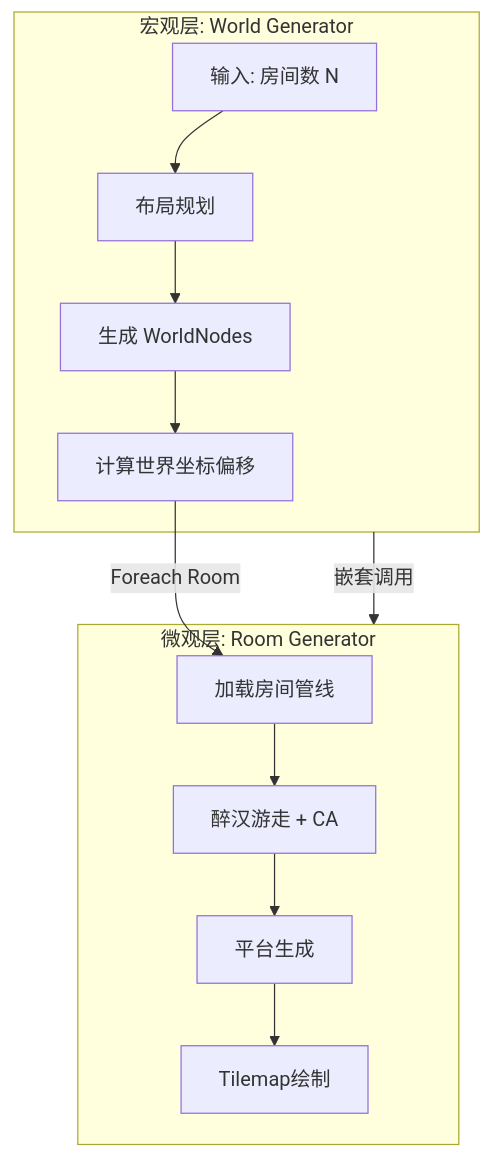
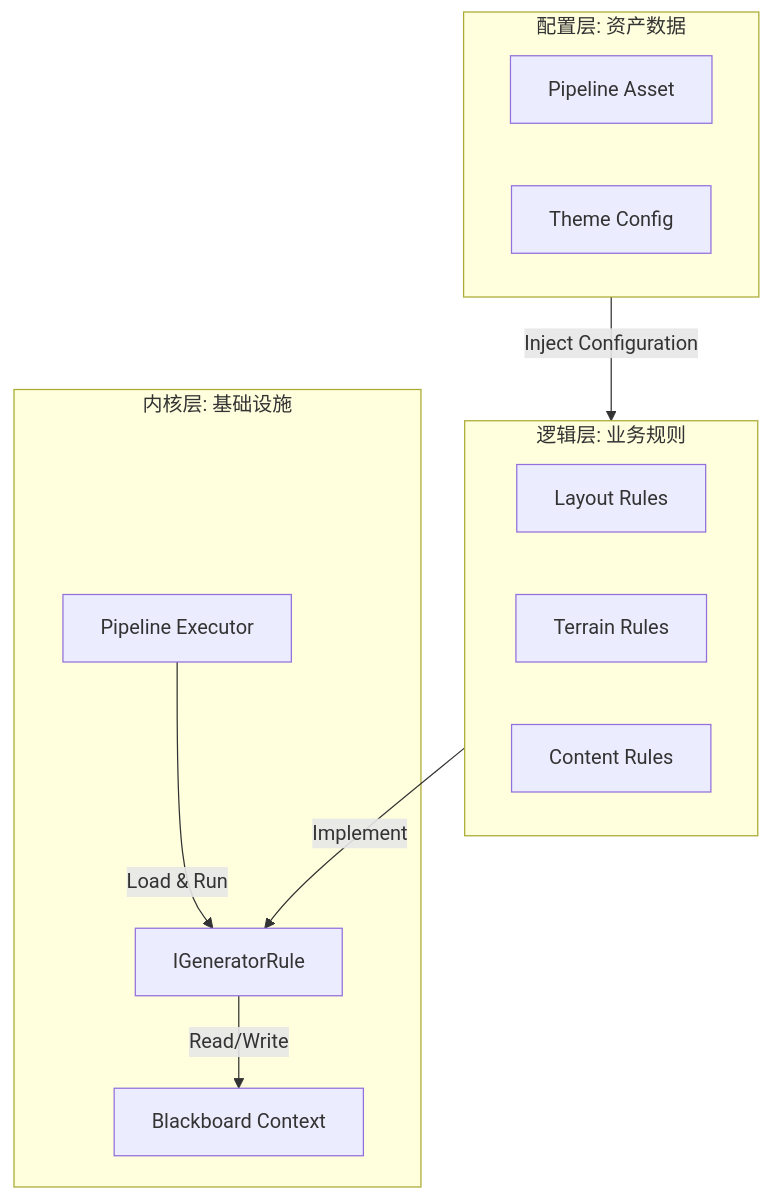
The first of 3 diagrams in 1_Scripts/3_LevelGeneration/LevelGenerationV4/docs/LevelGenerationV4_TechWhitePaper.md (EstellaNines/Crypta-Geometrica-RE), drawn with Mermaid before and after one commit. The commit also changed other lines of this file and 10 other files, not shown here.

````diff
--- a/1_Scripts/3_LevelGeneration/LevelGenerationV4/docs/LevelGenerationV4_TechWhitePaper.md
+++ b/1_Scripts/3_LevelGeneration/LevelGenerationV4/docs/LevelGenerationV4_TechWhitePaper.md
@@ -23,17 +74,24 @@
 ```mermaid
-graph TD
-    subgraph Macro[宏观层: World Generator]
-        W_Input[输入: 房间数 N] --> W_Layout[布局规划]
-        W_Layout --> W_Node[生成 WorldNodes]
-        W_Node --> W_Coord[计算世界坐标偏移]
+graph TB
+    subgraph Core [内核层: 基础设施]
+        Context[Blackboard Context]
+        Executor[Pipeline Executor]
+        Interface[IGeneratorRule]
     end
 
-    subgraph Micro[微观层: Room Generator]
-        W_Coord -->|Foreach Room| R_Pipe[加载房间管线]
-        R_Pipe --> R_Algo[醉汉游走 + CA]
-        R_Algo --> R_Plat[平台生成]
-        R_Plat --> R_Tile[Tilemap绘制]
+    subgraph Logic [逻辑层: 业务规则]
+        R_Layout[Layout Rules]
+        R_Terrain[Terrain Rules]
+        R_Content[Content Rules]
     end
 
-    Macro -->|嵌套调用| Micro
+    subgraph Config [配置层: 资产数据]
+        SO_Pipeline[Pipeline Asset]
+        SO_Theme[Theme Config]
+    end
+
+    Config -->|Inject Configuration| Logic
+    Logic -->|Implement| Interface
+    Executor -->|Load & Run| Interface
+    Interface -->|Read/Write| Context
 ```
````
